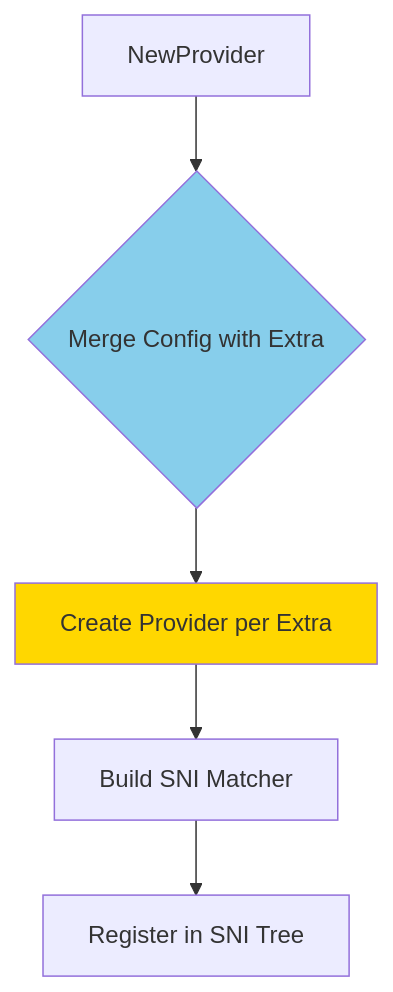
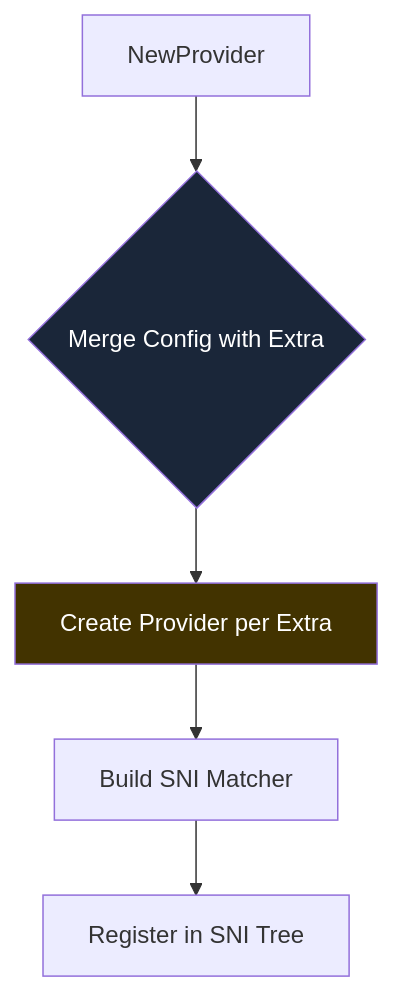
Before and after one commit to yusing/godoxy: the fifth of 7 diagrams in internal/autocert/README.md, drawn with Mermaid. The commit also changed other lines of this file and 2 other files, not shown here.

Commit message:
feat(docs): add health check and monitor packages README; mermaid styling fix

````diff
--- a/internal/autocert/README.md
+++ b/internal/autocert/README.md
@@ -354,10 +354,10 @@
 ```mermaid
 flowchart TD
     A[NewProvider] --> B{Merge Config with Extra}
     B --> C[Create Provider per Extra]
     C --> D[Build SNI Matcher]
     D --> E[Register in SNI Tree]
 
-    style B fill:#87CEEB
-    style C fill:#FFD700
+    style B fill:#1a2639,color:#fff
+    style C fill:#423300,color:#fff
 ```
````
